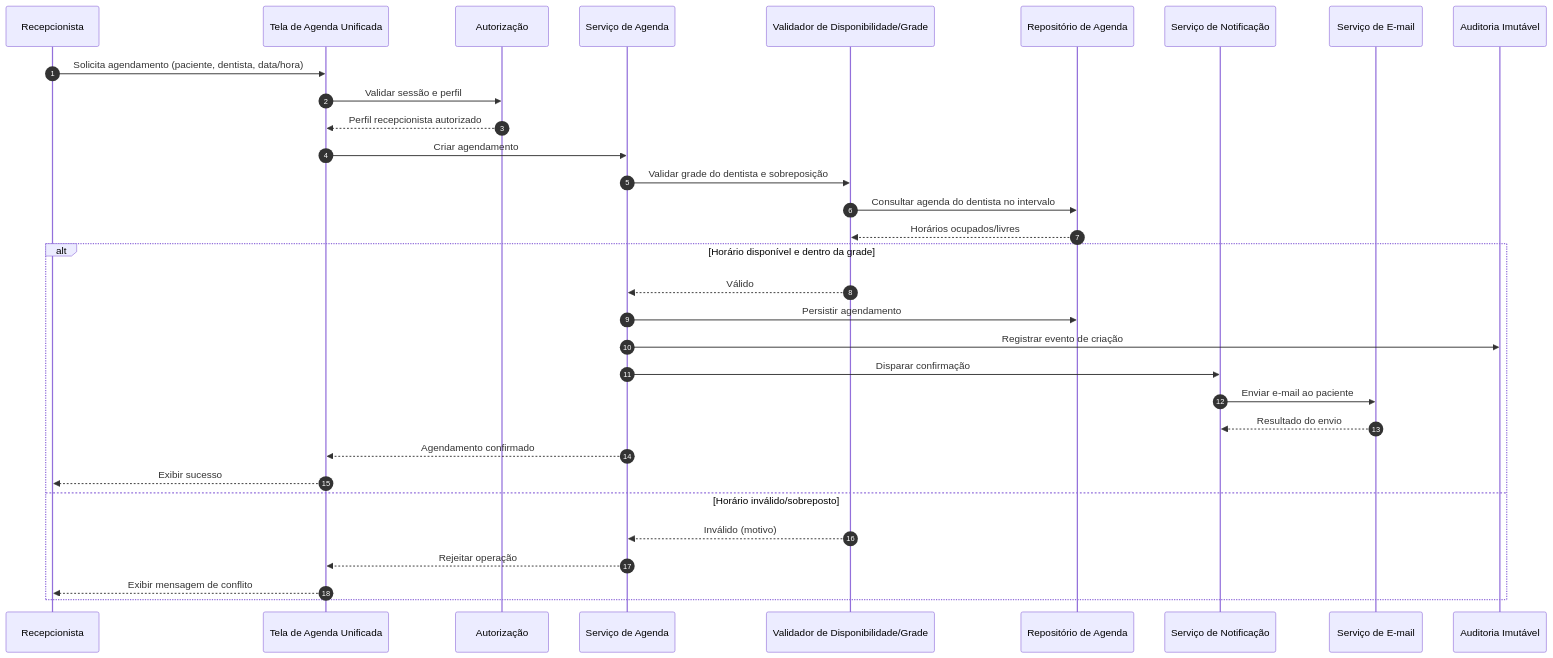
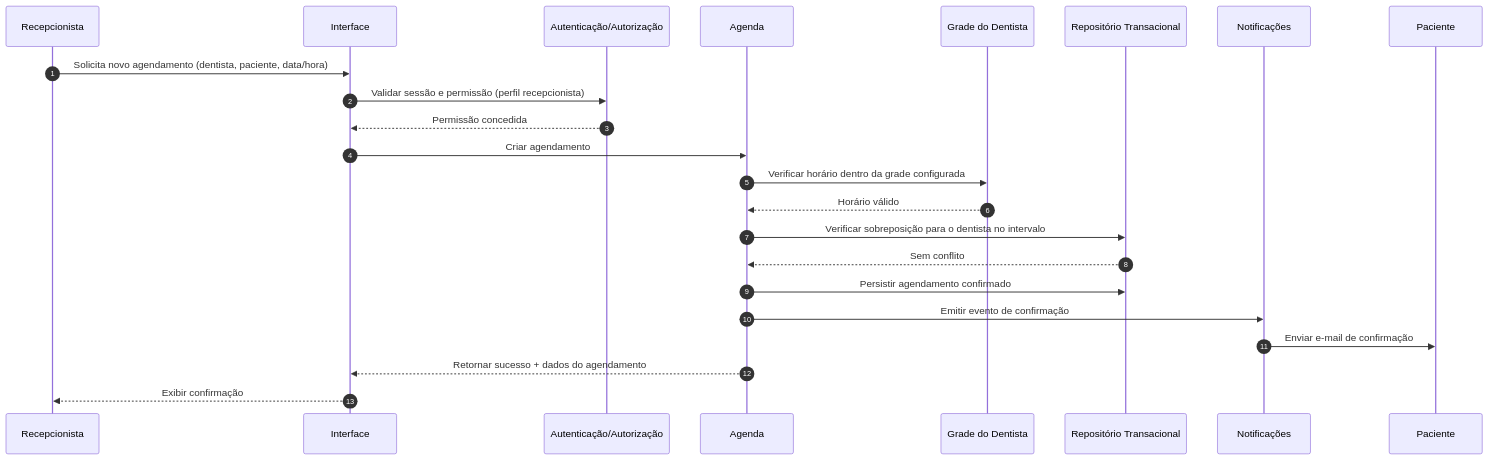
The second of 3 diagrams in docs/Time_2_Design/analise-qualitativa/outputs/relatorio_gpt_5_3_codex_M02.md (PDC-ESIA/AI4ES), drawn with Mermaid before and after one commit. The commit also changed other lines of this file and 107 other files, not shown here.

````diff
--- a/docs/Time_2_Design/analise-qualitativa/outputs/relatorio_gpt_5_3_codex_M02.md
+++ b/docs/Time_2_Design/analise-qualitativa/outputs/relatorio_gpt_5_3_codex_M02.md
@@ -94,35 +100,26 @@
 ```mermaid
 sequenceDiagram
     autonumber
     participant R as Recepcionista
-    participant UI as Tela de Agenda Unificada
-    participant IAM as Autorização
-    participant AG as Serviço de Agenda
-    participant DISP as Validador de Disponibilidade/Grade
-    participant REPO as Repositório de Agenda
-    participant NOTI as Serviço de Notificação
-    participant MAIL as Serviço de E-mail
-    participant AUD as Auditoria Imutável
+    participant UI as Interface
+    participant Auth as Autenticação/Autorização
+    participant Ag as Agenda
+    participant Gr as Grade do Dentista
+    participant Repo as Repositório Transacional
+    participant N as Notificações
+    participant P as Paciente
 
-    R->>UI: Solicita agendamento (paciente, dentista, data/hora)
-    UI->>IAM: Validar sessão e perfil
-    IAM-->>UI: Perfil recepcionista autorizado
-    UI->>AG: Criar agendamento
-    AG->>DISP: Validar grade do dentista e sobreposição
-    DISP->>REPO: Consultar agenda do dentista no intervalo
-    REPO-->>DISP: Horários ocupados/livres
-    alt Horário disponível e dentro da grade
-        DISP-->>AG: Válido
-        AG->>REPO: Persistir agendamento
-        AG->>AUD: Registrar evento de criação
-        AG->>NOTI: Disparar confirmação
-        NOTI->>MAIL: Enviar e-mail ao paciente
-        MAIL-->>NOTI: Resultado do envio
-        AG-->>UI: Agendamento confirmado
-        UI-->>R: Exibir sucesso
-    else Horário inválido/sobreposto
-        DISP-->>AG: Inválido (motivo)
-        AG-->>UI: Rejeitar operação
-        UI-->>R: Exibir mensagem de conflito
-    end
+    R->>UI: Solicita novo agendamento (dentista, paciente, data/hora)
+    UI->>Auth: Validar sessão e permissão (perfil recepcionista)
+    Auth-->>UI: Permissão concedida
+    UI->>Ag: Criar agendamento
+    Ag->>Gr: Verificar horário dentro da grade configurada
+    Gr-->>Ag: Horário válido
+    Ag->>Repo: Verificar sobreposição para o dentista no intervalo
+    Repo-->>Ag: Sem conflito
+    Ag->>Repo: Persistir agendamento confirmado
+    Ag->>N: Emitir evento de confirmação
+    N->>P: Enviar e-mail de confirmação
+    Ag-->>UI: Retornar sucesso + dados do agendamento
+    UI-->>R: Exibir confirmação
 ```
````
